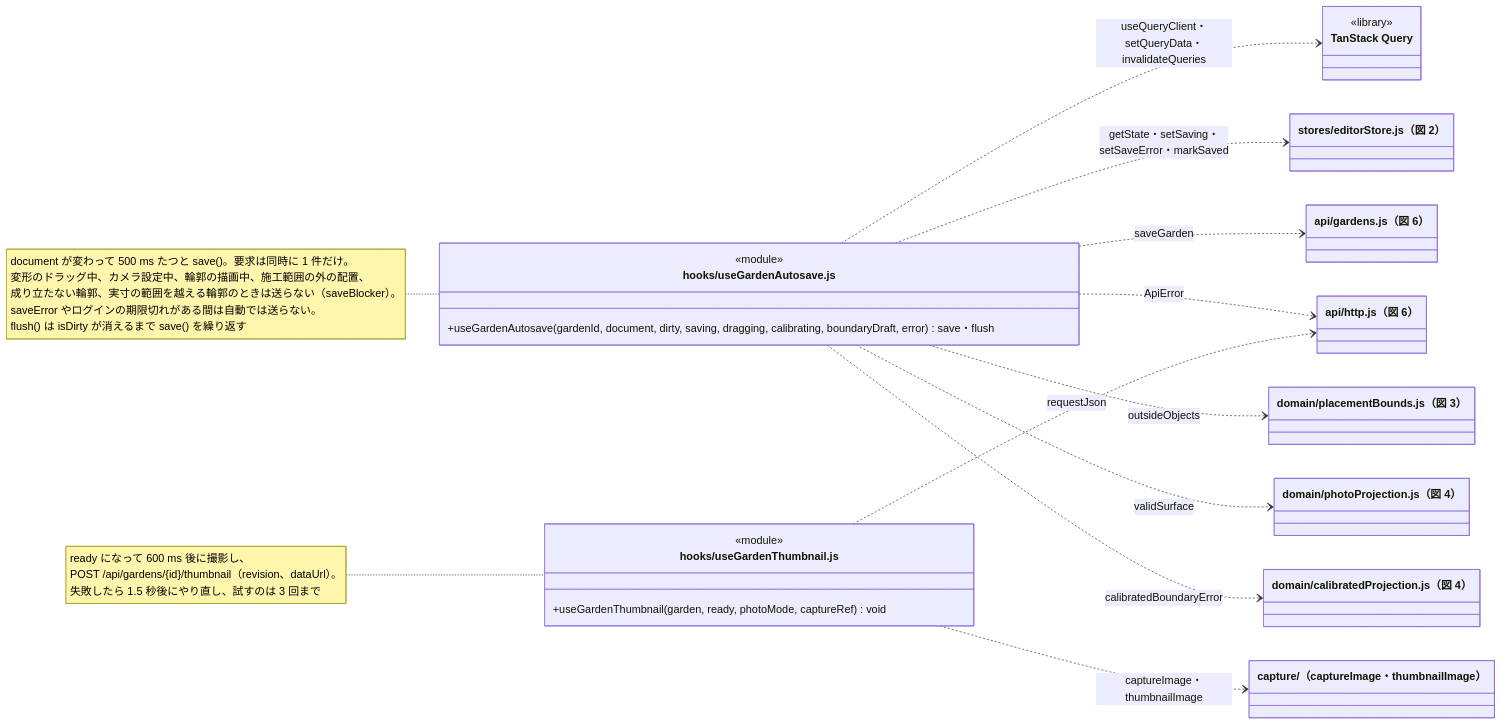
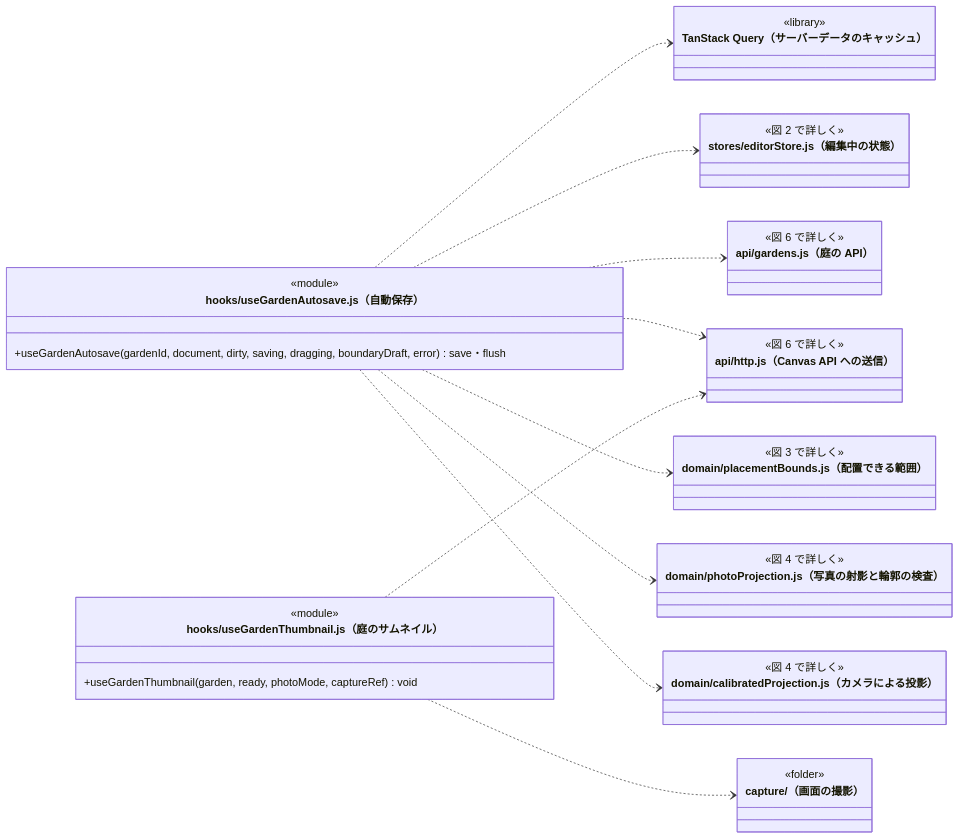
One commit to abeouga/kusakari-document changed the seventh of 8 diagrams in クラス図/kusakari-canvas/04_GardenDocumentと画面の状態.md. Above: the diagram before and after it, drawn with Mermaid. The commit also changed other lines of this file and 40 other files, not shown here.

Commit message:
Canvas のクラス図に全体図を足し、詳細図をデータとモジュールの図に分けて書き直す

````diff
--- a/クラス図/kusakari-canvas/04_GardenDocumentと画面の状態.md
+++ b/クラス図/kusakari-canvas/04_GardenDocumentと画面の状態.md
@@ -707,33 +738,47 @@
 ```mermaid
 classDiagram
     direction LR
-    class useGardenAutosave["hooks/useGardenAutosave.js"] {
+
+    class useGardenAutosave["hooks/useGardenAutosave.js（自動保存）"] {
         <<module>>
-        +useGardenAutosave(gardenId, document, dirty, saving, dragging, calibrating, boundaryDraft, error) save・flush
+        +useGardenAutosave(gardenId, document, dirty, saving, dragging, boundaryDraft, error) save・flush
     }
-    class useGardenThumbnail["hooks/useGardenThumbnail.js"] {
+    class useGardenThumbnail["hooks/useGardenThumbnail.js（庭のサムネイル）"] {
         <<module>>
         +useGardenThumbnail(garden, ready, photoMode, captureRef) void
     }
-    class Query["TanStack Query"] {
+    class Query["TanStack Query（サーバーデータのキャッシュ）"] {
         <<library>>
     }
-    class editorStore["stores/editorStore.js（図 2）"]
-    class gardens["api/gardens.js（図 6）"]
-    class http["api/http.js（図 6）"]
-    class placementBounds["domain/placementBounds.js（図 3）"]
-    class photoProjection["domain/photoProjection.js（図 4）"]
-    class calibratedProjection["domain/calibratedProjection.js（図 4）"]
-    class capture["capture/（captureImage・thumbnailImage）"]
-    useGardenAutosave ..> Query : useQueryClient・<br/>setQueryData・invalidateQueries
-    useGardenAutosave ..> editorStore : getState・setSaving・<br/>setSaveError・markSaved
-    useGardenAutosave ..> gardens : saveGarden
-    useGardenAutosave ..> http : ApiError
-    useGardenAutosave ..> placementBounds : outsideObjects
-    useGardenAutosave ..> photoProjection : validSurface
-    useGardenAutosave ..> calibratedProjection : calibratedBoundaryError
-    useGardenThumbnail ..> http : requestJson
-    useGardenThumbnail ..> capture : captureImage・thumbnailImage
-    note for useGardenAutosave "document が変わって 500 ms たつと save()。要求は同時に 1 件だけ。<br/>変形のドラッグ中、カメラ設定中、輪郭の描画中、施工範囲の外の配置、<br/>成り立たない輪郭、実寸の範囲を越える輪郭のときは送らない（saveBlocker）。<br/>saveError やログインの期限切れがある間は自動では送らない。<br/>flush() は isDirty が消えるまで save() を繰り返す"
-    note for useGardenThumbnail "ready になって 600 ms 後に撮影し、<br/>POST /api/gardens/{id}/thumbnail（revision、dataUrl）。<br/>失敗したら 1.5 秒後にやり直し、試すのは 3 回まで"
+    class capture["capture/（画面の撮影）"] {
+        <<folder>>
+    }
+    class editorStore["stores/editorStore.js（編集中の状態）"] {
+        <<図 2 で詳しく>>
+    }
+    class gardens["api/gardens.js（庭の API）"] {
+        <<図 6 で詳しく>>
+    }
+    class http["api/http.js（Canvas API への送信）"] {
+        <<図 6 で詳しく>>
+    }
+    class placementBounds["domain/placementBounds.js（配置できる範囲）"] {
+        <<図 3 で詳しく>>
+    }
+    class photoProjection["domain/photoProjection.js（写真の射影と輪郭の検査）"] {
+        <<図 4 で詳しく>>
+    }
+    class calibratedProjection["domain/calibratedProjection.js（カメラによる投影）"] {
+        <<図 4 で詳しく>>
+    }
+
+    useGardenAutosave ..> Query
+    useGardenAutosave ..> editorStore
+    useGardenAutosave ..> gardens
+    useGardenAutosave ..> http
+    useGardenAutosave ..> placementBounds
+    useGardenAutosave ..> photoProjection
+    useGardenAutosave ..> calibratedProjection
+    useGardenThumbnail ..> http
+    useGardenThumbnail ..> capture
 ```
````
